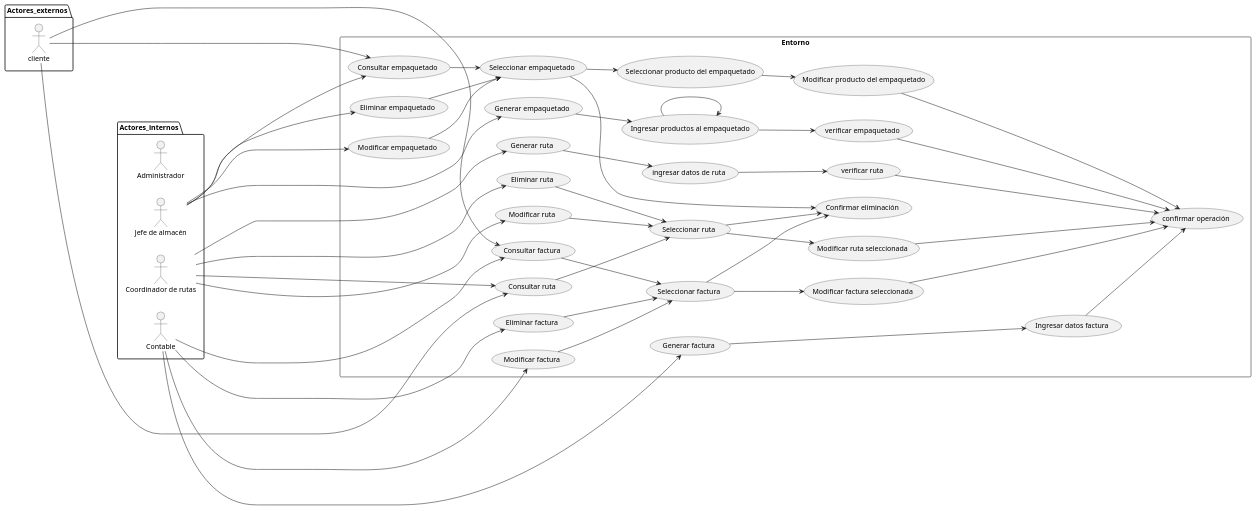
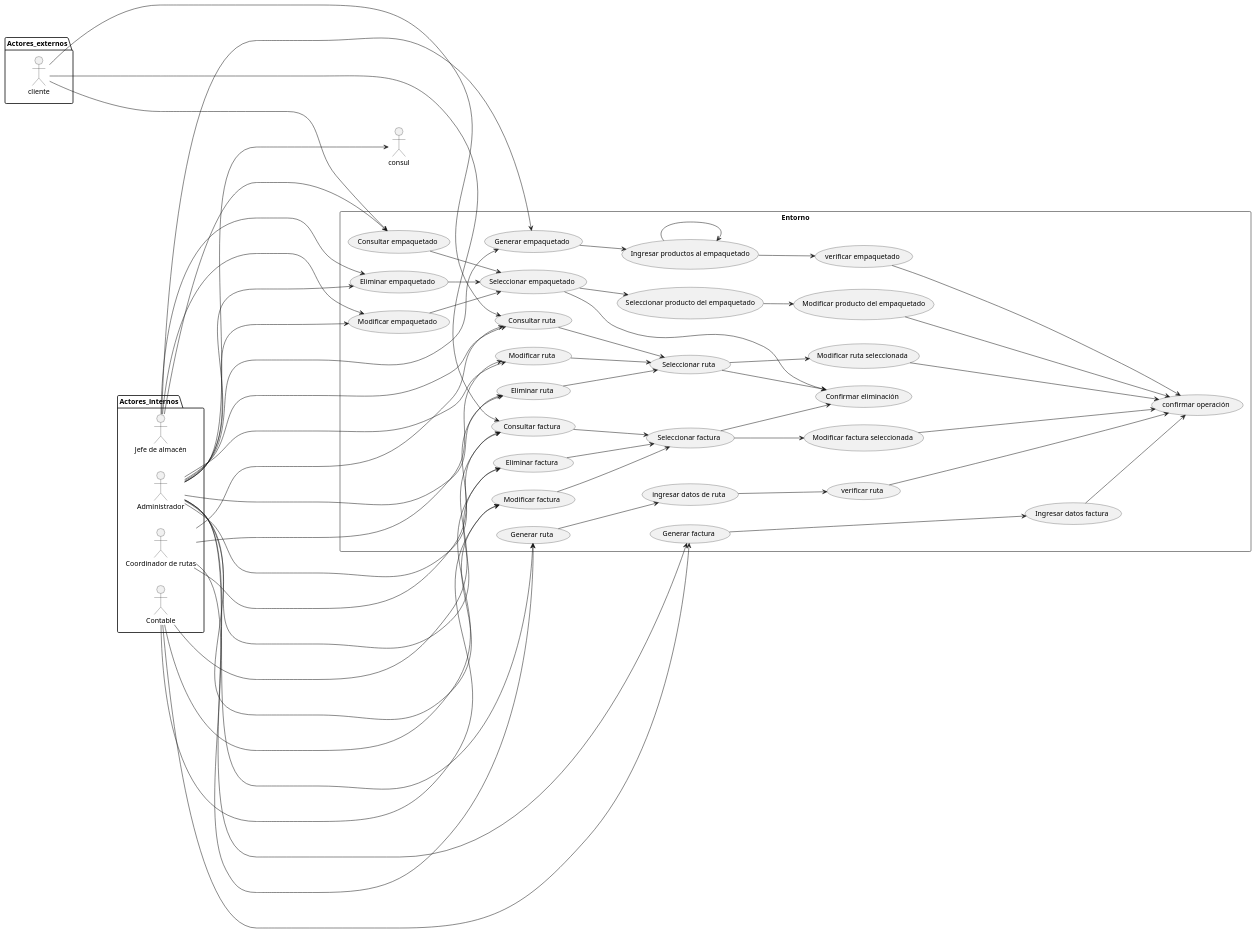
One commit to BenjaLuke/ProyectoProgramacion changed the diagram in casos_de_uso_benja/casos de uso global.PlantUML. Above: the diagram before and after it, drawn with PlantUML. The commit also changed 2 other files, not shown here.

```diff
--- a/casos_de_uso_benja/casos de uso global.PlantUML
+++ b/casos_de_uso_benja/casos de uso global.PlantUML
@@ -1,118 +1,129 @@
 @startuml
 
 left to right direction
 
 package Actores_internos{
 actor "Administrador"           as act_1
 actor "Coordinador de rutas"    as act_2
 actor "Contable"                as act_3
 actor "Jefe de almacén"         as act_4
 }
 
 
 rectangle Entorno{
 
 useCase "Generar ruta"  as (Generar_ruta)
 useCase "ingresar datos de ruta" as (ingresar_datos_ruta)
 useCase "verificar ruta" as (verificar_ruta)
 
 
 useCase "Modificar ruta" as (Modificar_ruta)
 useCase "Seleccionar ruta" as (Seleccionar_ruta)
 useCase "Eliminar ruta" as (Eliminar_ruta)
 useCase "Consultar ruta"  as (Consultar_ruta)
 useCase "Modificar ruta seleccionada" as (Modificar_ruta_seleccionada)
 
 useCase "Generar factura" as (Generar_factura)
 useCase "Ingresar datos factura" as (Ingresar_datos_factura)
 
 useCase "Modificar factura" as (Modificar_factura)
 useCase "Seleccionar factura" as (Seleccionar_factura)
 
 useCase "Eliminar factura" as (Eliminar_factura)
 
 
 useCase "Consultar factura" as (Consultar_factura)
 useCase "Modificar factura seleccionada" as (Modificar_factura_seleccionada)
 
 useCase "Generar empaquetado" as (Generar_empaquetado)
 useCase "Ingresar productos al empaquetado" as (Ingresar_producto_al_empaquetado)
 useCase "verificar empaquetado" as (Verificar_empaquetado)
 useCase "confirmar operación" as (Confirmar_operacion)
 
 
 useCase "Modificar empaquetado" as (Modificar_empaquetado)
 useCase "Seleccionar empaquetado" as (Seleccionar_empaquetado)
 useCase "Seleccionar producto del empaquetado" as (Seleccionar_producto_de_empaquetado)
 useCase "Modificar producto del empaquetado" as (Modificar_producto_de_empaquetado)
 
 
 useCase "Eliminar empaquetado" as (Eliminar_empaquetado)
 useCase "Confirmar eliminación" as (Generar_empaquetado1)
 
 
-useCase "Consultar empaquetado" as (Generar_empaquetado2)
+useCase "Consultar empaquetado" as (Consultar_empaquetado)
 
 Generar_empaquetado --> Ingresar_producto_al_empaquetado
 Ingresar_producto_al_empaquetado --> Verificar_empaquetado
 Ingresar_producto_al_empaquetado ----> Ingresar_producto_al_empaquetado
 Verificar_empaquetado -----> Confirmar_operacion
 
 Modificar_empaquetado --> Seleccionar_empaquetado
 Seleccionar_empaquetado --> Seleccionar_producto_de_empaquetado
 Seleccionar_producto_de_empaquetado --> Modificar_producto_de_empaquetado
 Modificar_producto_de_empaquetado -----> Confirmar_operacion
 Eliminar_empaquetado --> Seleccionar_empaquetado
 Seleccionar_empaquetado --> Generar_empaquetado1
 
-Generar_empaquetado2 --> Seleccionar_empaquetado
+Consultar_empaquetado --> Seleccionar_empaquetado
 }
 
-
+act_1 ------> Generar_ruta
+act_1 ------> Modificar_ruta
+act_1 ------> Eliminar_ruta
+act_1 ------> Consultar_ruta
+act_1 ------> Generar_factura
+act_1 ------> Modificar_factura
+act_1 ------> Eliminar_factura
+act_1 ------> Consultar_factura
+act_1 ------> Generar_empaquetado
+act_1 ------> Modificar_empaquetado
+act_1 ------> Eliminar_empaquetado
+act_1 ------> consul
 
 act_4 ------> Generar_empaquetado
 act_4 ------> Modificar_empaquetado
 act_4 ------> Eliminar_empaquetado
-act_4 ------> Generar_empaquetado2
+act_4 ------> Consultar_empaquetado
 
 act_2 ------> Generar_ruta
 act_2 ------>   Modificar_ruta
 act_2 ------>   Eliminar_ruta
 act_2 ------>   Consultar_ruta
 
 act_3 ------>   Generar_factura
 act_3 ------>   Modificar_factura
 act_3 ------>   Eliminar_factura
 act_3 ------>   Consultar_factura
 
 Generar_ruta --> ingresar_datos_ruta
 ingresar_datos_ruta --> verificar_ruta
 verificar_ruta -----> Confirmar_operacion
 
 Consultar_ruta --> Seleccionar_ruta
 Eliminar_ruta --> Seleccionar_ruta
 Modificar_ruta --> Seleccionar_ruta
 Seleccionar_ruta --> Generar_empaquetado1
 Seleccionar_ruta --> Modificar_ruta_seleccionada
 Modificar_ruta_seleccionada -----> Confirmar_operacion
 
 Generar_factura -----> Ingresar_datos_factura
 Ingresar_datos_factura --> Confirmar_operacion
 Modificar_factura --> Seleccionar_factura
 Eliminar_factura --> Seleccionar_factura
 Seleccionar_factura --> Generar_empaquetado1
 Consultar_factura --> Seleccionar_factura
 Seleccionar_factura --> Modificar_factura_seleccionada
 Modificar_factura_seleccionada -----> Confirmar_operacion
 
 package Actores_externos{
 actor "cliente" as act_5
 
 }
 
 act_5 --------> Consultar_factura
-act_5 --------> Generar_empaquetado2
+act_5 --------> Consultar_empaquetado
 act_5 --------> Consultar_ruta
 
 
 @enduml
```
